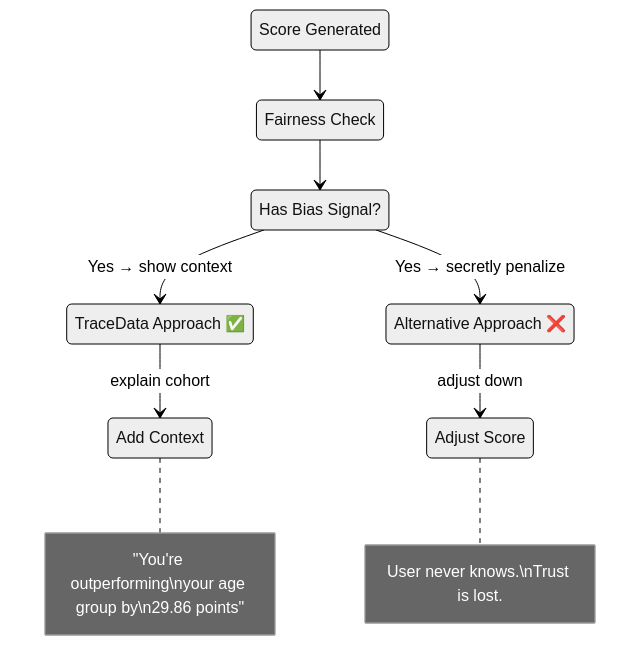
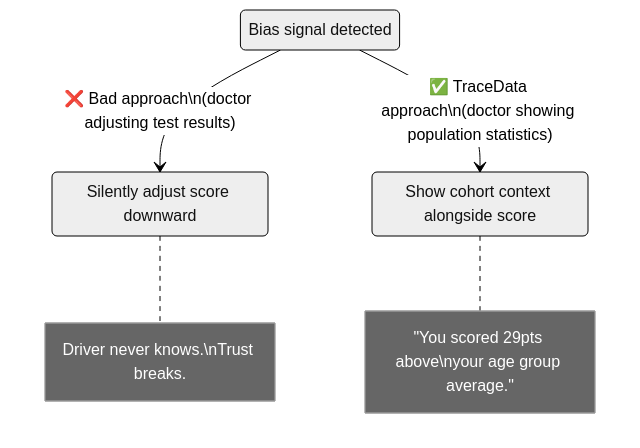
One commit to Project-Be-Better/learning-ml changed diagram 11 of 16 in docs/ml_pipeline_guide.md. Above: the diagram before and after it, drawn with Mermaid (neutral theme). The commit also changed other lines of this file, not shown here.

````diff
--- a/docs/ml_pipeline_guide.md
+++ b/docs/ml_pipeline_guide.md
@@ -279,19 +262,12 @@
 ```mermaid
 stateDiagram-v2
-    state "Score Generated" as S
-    state "Fairness Check" as FC
-    state "Has Bias Signal?" as HBS
-    state "Adjust Score" as AS
-    state "Add Context" as AC
-    state "TraceData Approach ✅" as TA
-    state "Alternative Approach ❌" as AA
+    state "Bias signal detected" as BIAS
+    state "Silently adjust score downward" as BAD
+    state "Show cohort context alongside score" as GOOD
 
-    S --> FC
-    FC --> HBS
-    HBS --> AA : Yes → secretly penalize
-    AA --> AS : adjust down
-    HBS --> TA : Yes → show context
-    TA --> AC : explain cohort
-    note right of AC : "You're outperforming\nyour age group by\n29.86 points"
-    note right of AS : User never knows.\nTrust is lost.
+    BIAS --> BAD : ❌ Bad approach\n(doctor adjusting test results)
+    BIAS --> GOOD : ✅ TraceData approach\n(doctor showing population statistics)
+
+    note right of BAD : Driver never knows.\nTrust breaks.
+    note right of GOOD : "You scored 29pts above\nyour age group average."
 ```
````
